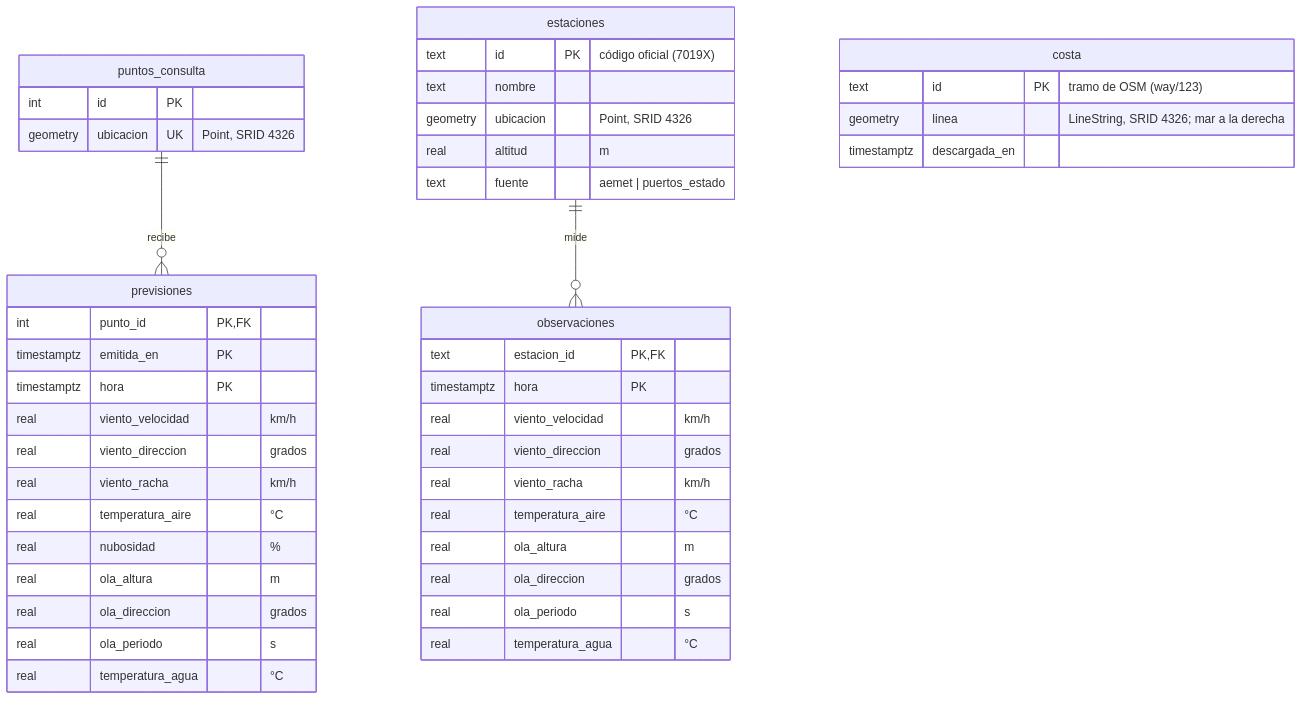
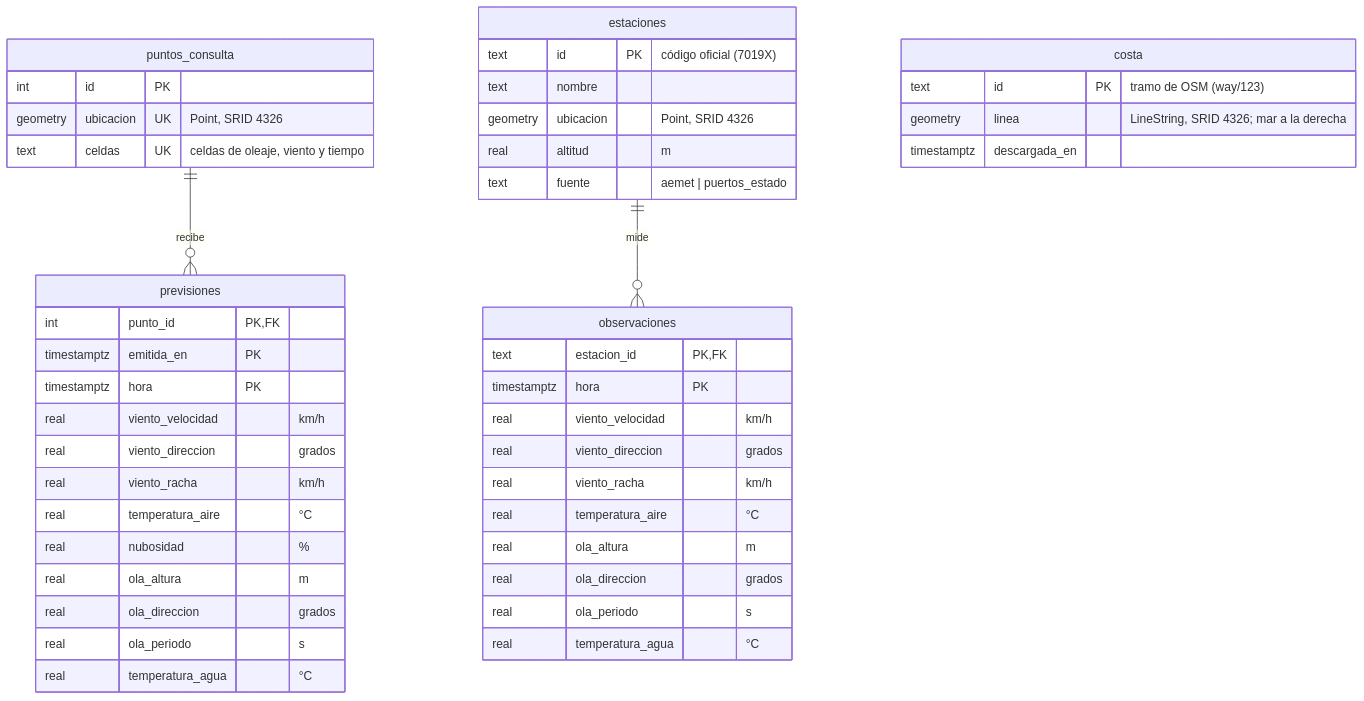
Before and after one commit to pdawgabriel-hub/playa-hoy: the second of 2 diagrams in docs/modelo-datos.md, drawn with Mermaid. The commit also changed other lines of this file and 10 other files, not shown here.

````diff
--- a/docs/modelo-datos.md
+++ b/docs/modelo-datos.md
@@ -79,52 +86,53 @@
 ```mermaid
 erDiagram
     puntos_consulta ||--o{ previsiones : "recibe"
     estaciones ||--o{ observaciones : "mide"
 
     puntos_consulta {
         int id PK
         geometry ubicacion UK "Point, SRID 4326"
+        text celdas UK "celdas de oleaje, viento y tiempo"
     }
 
     previsiones {
         int punto_id PK, FK
         timestamptz emitida_en PK
         timestamptz hora PK
         real viento_velocidad "km/h"
         real viento_direccion "grados"
         real viento_racha "km/h"
         real temperatura_aire "°C"
         real nubosidad "%"
         real ola_altura "m"
         real ola_direccion "grados"
         real ola_periodo "s"
         real temperatura_agua "°C"
     }
 
     estaciones {
         text id PK "código oficial (7019X)"
         text nombre
         geometry ubicacion "Point, SRID 4326"
         real altitud "m"
         text fuente "aemet | puertos_estado"
     }
 
     observaciones {
         text estacion_id PK, FK
         timestamptz hora PK
         real viento_velocidad "km/h"
         real viento_direccion "grados"
         real viento_racha "km/h"
         real temperatura_aire "°C"
         real ola_altura "m"
         real ola_direccion "grados"
         real ola_periodo "s"
         real temperatura_agua "°C"
     }
 
     costa {
         text id PK "tramo de OSM (way/123)"
         geometry linea "LineString, SRID 4326; mar a la derecha"
         timestamptz descargada_en
     }
 ```
````
